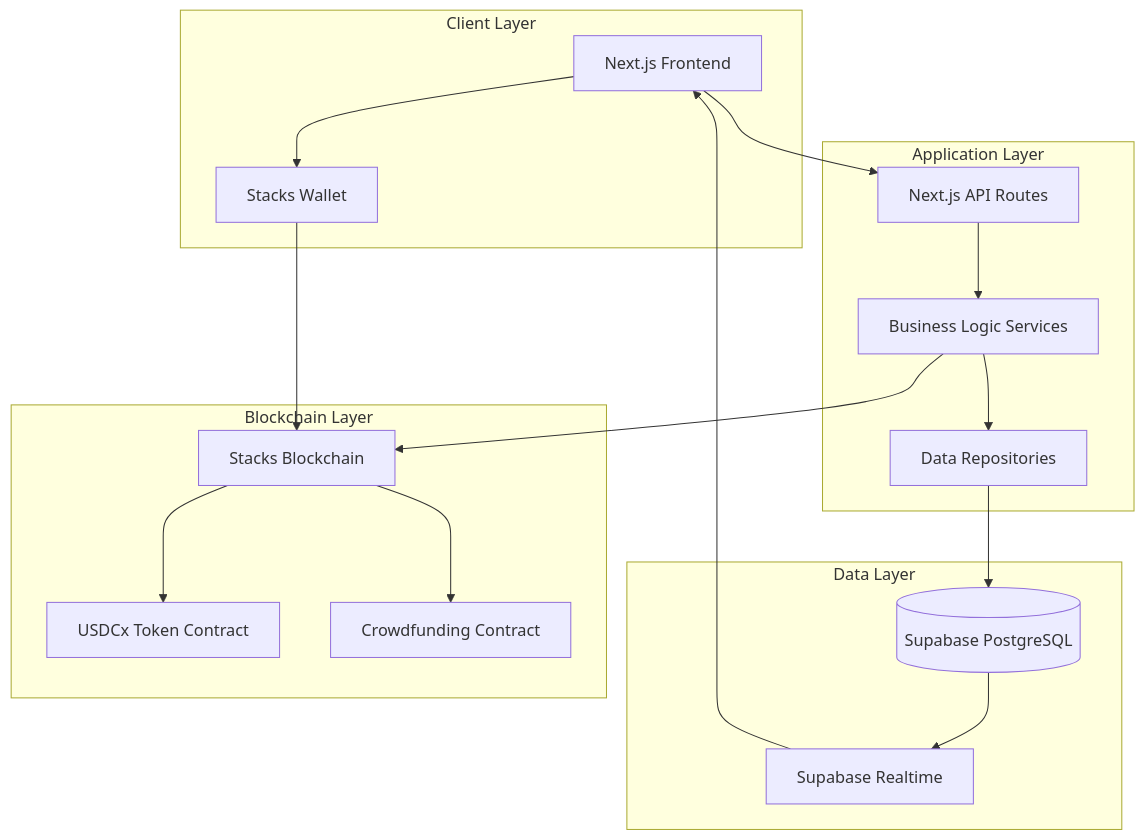
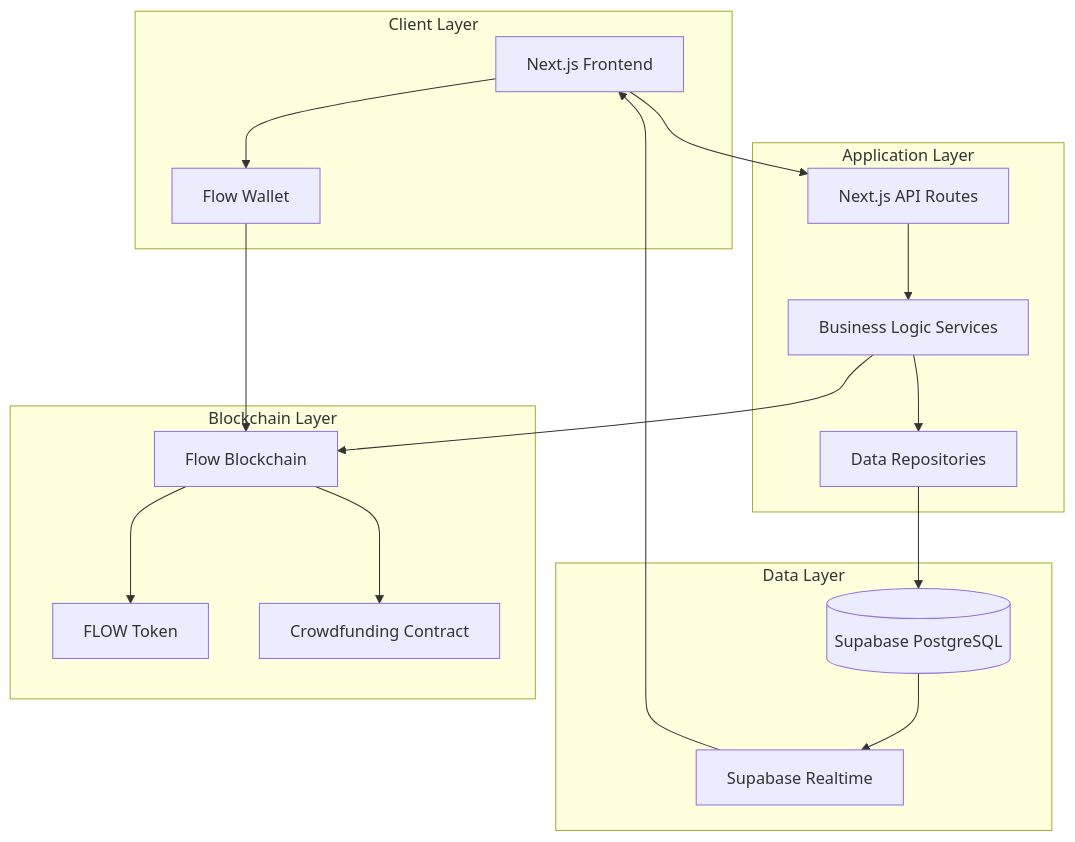
One commit to enliven17/flow-gives changed the first of 9 diagrams in README.md. Above: the diagram before and after it, drawn with Mermaid. The commit also changed other lines of this file and 10 other files, not shown here.

````diff
--- a/README.md
+++ b/README.md
@@ -9,36 +9,36 @@
 ```mermaid
 graph TB
     subgraph "Client Layer"
         UI[Next.js Frontend]
-        Wallet[Stacks Wallet]
+        Wallet[Flow Wallet]
     end
     
     subgraph "Application Layer"
         API[Next.js API Routes]
         Services[Business Logic Services]
         Repos[Data Repositories]
     end
     
     subgraph "Data Layer"
         DB[(Supabase PostgreSQL)]
         Cache[Supabase Realtime]
     end
     
     subgraph "Blockchain Layer"
-        Stacks[Stacks Blockchain]
-        USDCx[USDCx Token Contract]
+        Flow[Flow Blockchain]
+        FlowToken[FLOW Token]
         Contract[Crowdfunding Contract]
     end
     
     UI --> Wallet
     UI --> API
-    Wallet --> Stacks
+    Wallet --> Flow
     API --> Services
     Services --> Repos
-    Services --> Stacks
+    Services --> Flow
     Repos --> DB
     DB --> Cache
     Cache --> UI
-    Stacks --> USDCx
-    Stacks --> Contract
+    Flow --> FlowToken
+    Flow --> Contract
 ```
````
